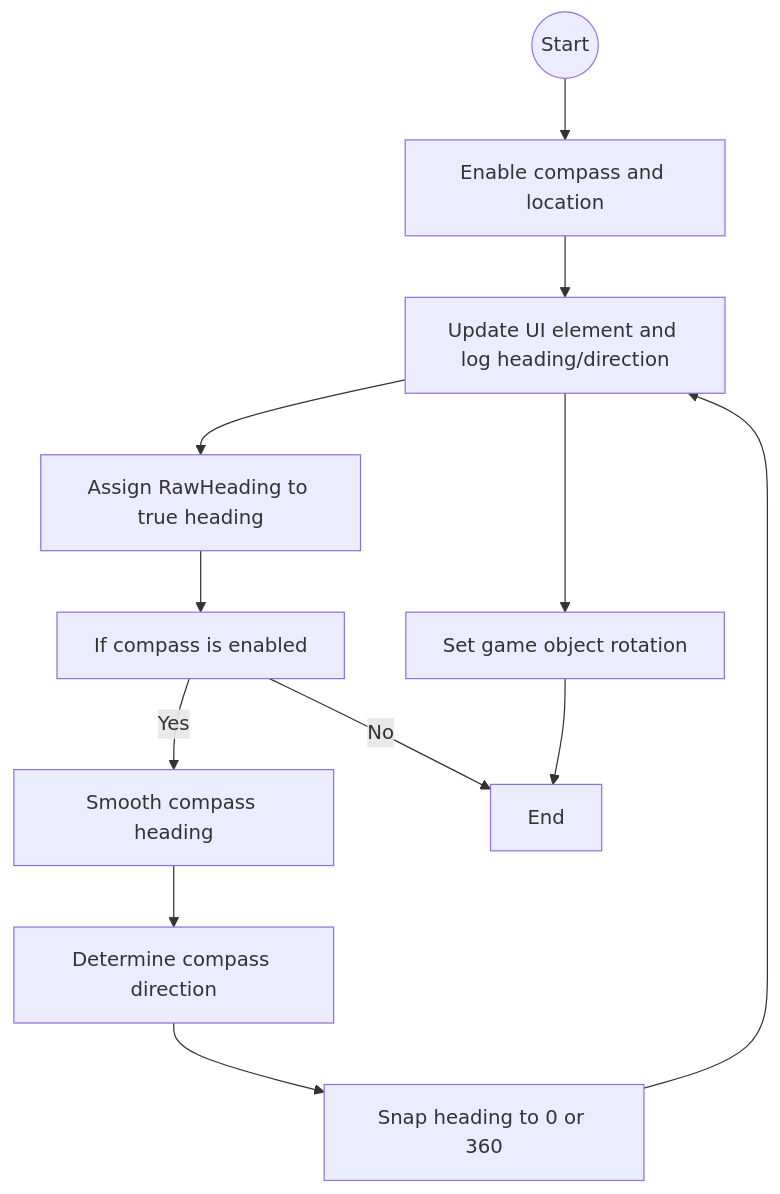
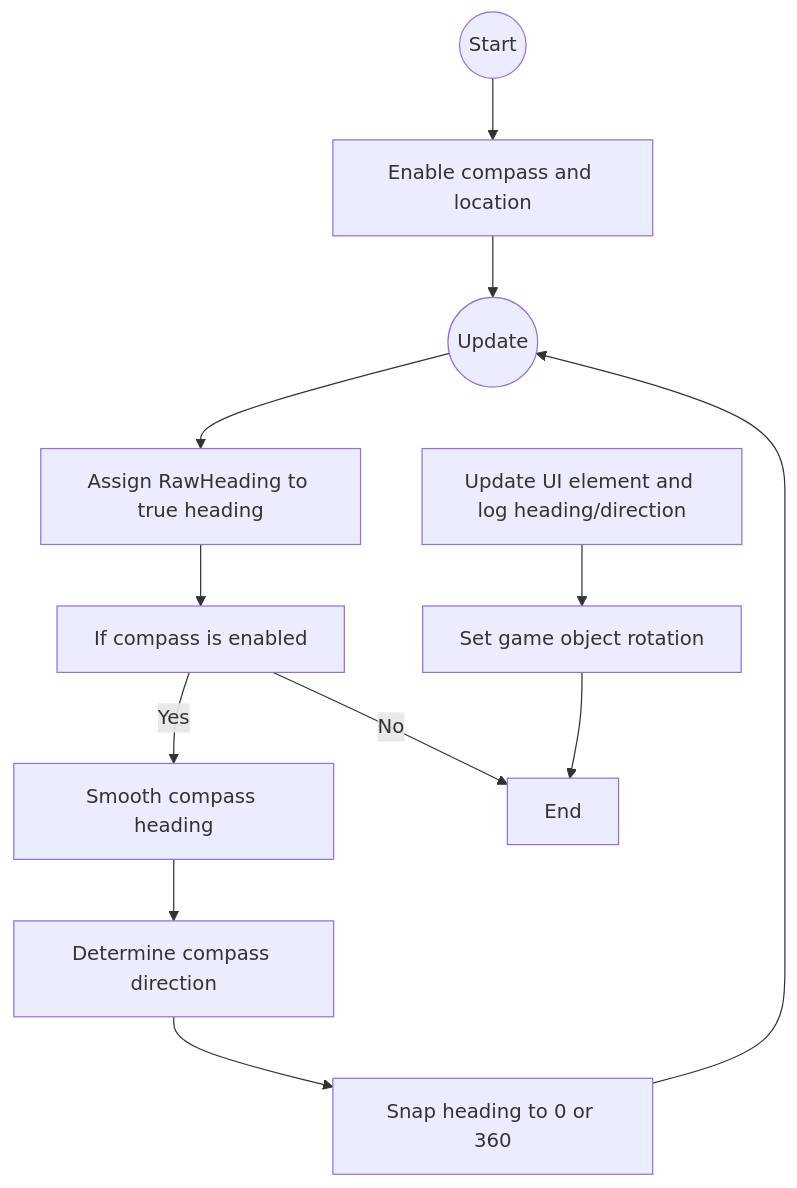
Before and after one commit to Bjornraaf/Team-1-Repository: the second of 2 diagrams in README.md, drawn with Mermaid.

````diff
--- a/README.md
+++ b/README.md
@@ -42,26 +42,26 @@
 ```mermaid
 flowchart TD;
         Start((Start))
         Enable[Enable compass and location]
         RawHeading[Assign RawHeading to true heading]
         Update((Update))
         ifEnabled[If compass is enabled]
         Smooth[Smooth compass heading]
         Determine[Determine compass direction]
         Snap[Snap heading to 0 or 360]
-        Update[Update UI element and log heading/direction]
+        UpdateUI[Update UI element and log heading/direction]
         Rotation[Set game object rotation]
         End[End]
 
         Start --> Enable
         Enable --> Update
         Update --> RawHeading
         RawHeading --> ifEnabled
         ifEnabled -- Yes --> Smooth
         Smooth --> Determine
         Determine --> Snap
         Snap --> Update
-        Update --> Rotation
+        UpdateUI --> Rotation
         Rotation --> End
         ifEnabled -- No --> End
 ```
````
